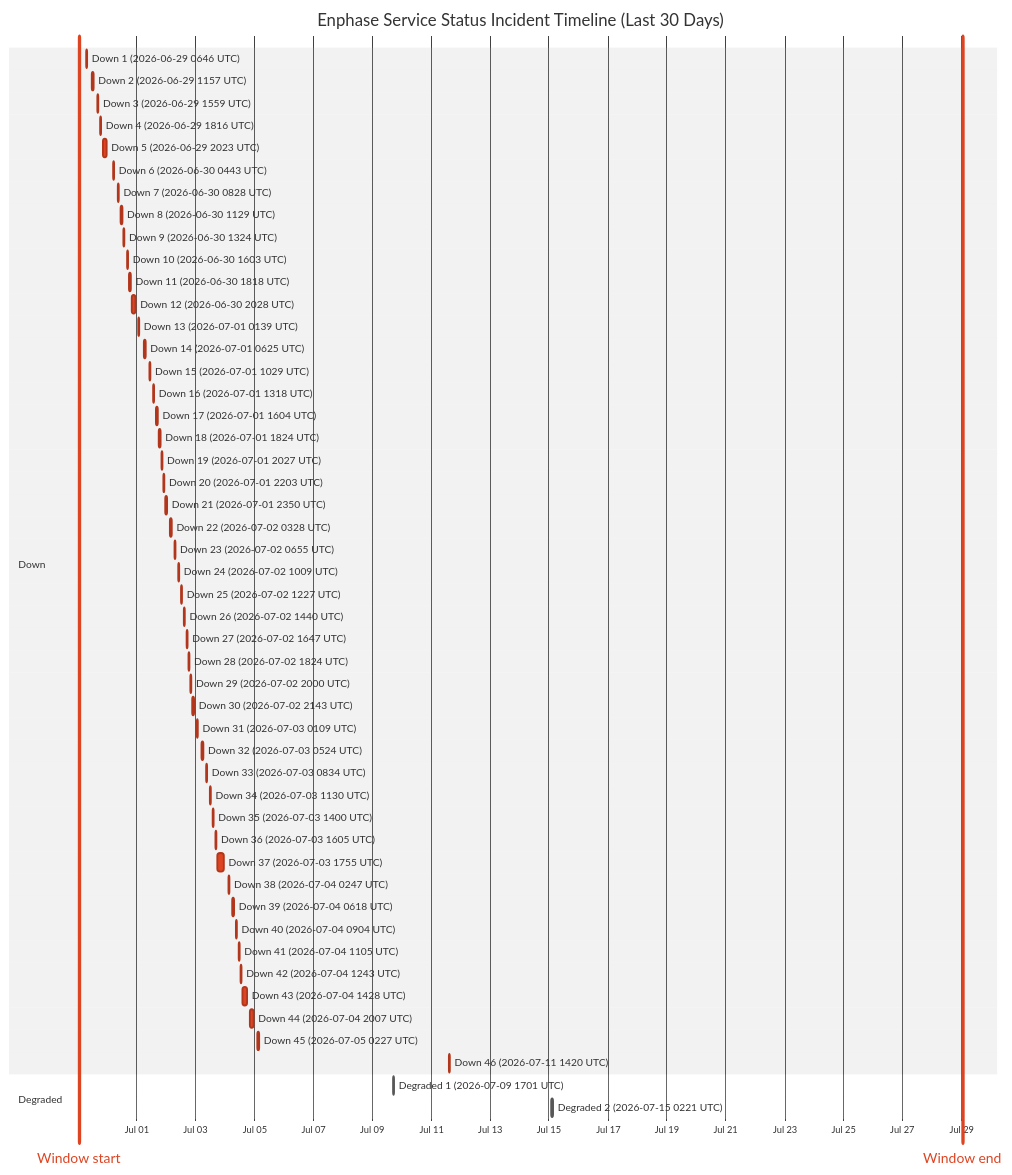
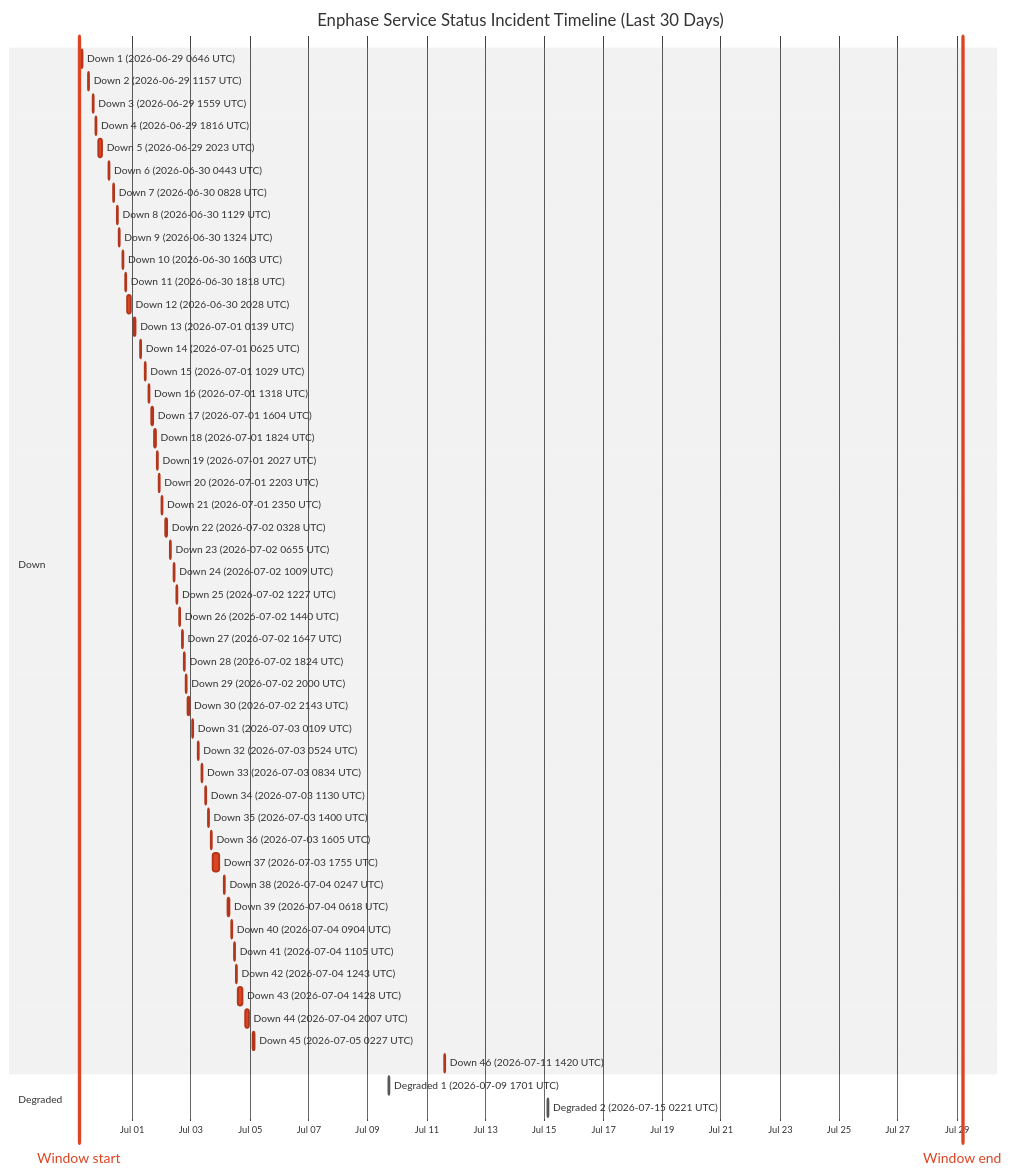
One commit to barneyonline/ha-enphase-energy changed the diagram in wiki/Service-Status-History.md. Above: the diagram before and after it, drawn with Mermaid (neutral theme). The commit also changed other lines of this file and 3 other files, not shown here.

````diff
--- a/wiki/Service-Status-History.md
+++ b/wiki/Service-Status-History.md
@@ -14,58 +14,58 @@
 ```mermaid
 gantt
     title Enphase Service Status Incident Timeline (Last 30 Days)
     dateFormat  YYYY-MM-DDTHH:mm:ss
     axisFormat  %b %d
-    Window start :vert, window-start, 2026-06-29T01:01:21, 0ms
-    Window end :vert, window-end, 2026-07-29T01:01:21, 0ms
+    Window start :vert, window-start, 2026-06-29T04:45:01, 0ms
+    Window end :vert, window-end, 2026-07-29T04:45:01, 0ms
     section Down
     Down 1 (2026-06-29 0646 UTC) :crit, down-1, 2026-06-29T06:46:18, 60m
     Down 2 (2026-06-29 1157 UTC) :crit, down-2, 2026-06-29T11:57:36, 60m
     Down 3 (2026-06-29 1559 UTC) :crit, down-3, 2026-06-29T15:59:02, 60m
     Down 4 (2026-06-29 1816 UTC) :crit, down-4, 2026-06-29T18:16:38, 60m
     Down 5 (2026-06-29 2023 UTC) :crit, down-5, 2026-06-29T20:23:16, 220m
     Down 6 (2026-06-30 0443 UTC) :crit, down-6, 2026-06-30T04:43:54, 60m
     Down 7 (2026-06-30 0828 UTC) :crit, down-7, 2026-06-30T08:28:43, 60m
     Down 8 (2026-06-30 1129 UTC) :crit, down-8, 2026-06-30T11:29:15, 60m
     Down 9 (2026-06-30 1324 UTC) :crit, down-9, 2026-06-30T13:24:25, 60m
     Down 10 (2026-06-30 1603 UTC) :crit, down-10, 2026-06-30T16:03:26, 60m
     Down 11 (2026-06-30 1818 UTC) :crit, down-11, 2026-06-30T18:18:39, 60m
     Down 12 (2026-06-30 2028 UTC) :crit, down-12, 2026-06-30T20:28:54, 171m
     Down 13 (2026-07-01 0139 UTC) :crit, down-13, 2026-07-01T01:39:18, 60m
     Down 14 (2026-07-01 0625 UTC) :crit, down-14, 2026-07-01T06:25:35, 60m
     Down 15 (2026-07-01 1029 UTC) :crit, down-15, 2026-07-01T10:29:24, 60m
     Down 16 (2026-07-01 1318 UTC) :crit, down-16, 2026-07-01T13:18:31, 60m
     Down 17 (2026-07-01 1604 UTC) :crit, down-17, 2026-07-01T16:04:29, 60m
     Down 18 (2026-07-01 1824 UTC) :crit, down-18, 2026-07-01T18:24:21, 60m
     Down 19 (2026-07-01 2027 UTC) :crit, down-19, 2026-07-01T20:27:17, 60m
     Down 20 (2026-07-01 2203 UTC) :crit, down-20, 2026-07-01T22:03:46, 60m
     Down 21 (2026-07-01 2350 UTC) :crit, down-21, 2026-07-01T23:50:52, 60m
     Down 22 (2026-07-02 0328 UTC) :crit, down-22, 2026-07-02T03:28:33, 60m
     Down 23 (2026-07-02 0655 UTC) :crit, down-23, 2026-07-02T06:55:07, 60m
     Down 24 (2026-07-02 1009 UTC) :crit, down-24, 2026-07-02T10:09:15, 60m
     Down 25 (2026-07-02 1227 UTC) :crit, down-25, 2026-07-02T12:27:49, 60m
     Down 26 (2026-07-02 1440 UTC) :crit, down-26, 2026-07-02T14:40:53, 60m
     Down 27 (2026-07-02 1647 UTC) :crit, down-27, 2026-07-02T16:47:47, 60m
     Down 28 (2026-07-02 1824 UTC) :crit, down-28, 2026-07-02T18:24:26, 60m
     Down 29 (2026-07-02 2000 UTC) :crit, down-29, 2026-07-02T20:00:57, 60m
     Down 30 (2026-07-02 2143 UTC) :crit, down-30, 2026-07-02T21:43:52, 80m
     Down 31 (2026-07-03 0109 UTC) :crit, down-31, 2026-07-03T01:09:19, 60m
     Down 32 (2026-07-03 0524 UTC) :crit, down-32, 2026-07-03T05:24:23, 60m
     Down 33 (2026-07-03 0834 UTC) :crit, down-33, 2026-07-03T08:34:05, 60m
     Down 34 (2026-07-03 1130 UTC) :crit, down-34, 2026-07-03T11:30:41, 60m
     Down 35 (2026-07-03 1400 UTC) :crit, down-35, 2026-07-03T14:00:48, 60m
     Down 36 (2026-07-03 1605 UTC) :crit, down-36, 2026-07-03T16:05:49, 60m
     Down 37 (2026-07-03 1755 UTC) :crit, down-37, 2026-07-03T17:55:54, 338m
     Down 38 (2026-07-04 0247 UTC) :crit, down-38, 2026-07-04T02:47:22, 60m
     Down 39 (2026-07-04 0618 UTC) :crit, down-39, 2026-07-04T06:18:09, 60m
     Down 40 (2026-07-04 0904 UTC) :crit, down-40, 2026-07-04T09:04:41, 60m
     Down 41 (2026-07-04 1105 UTC) :crit, down-41, 2026-07-04T11:05:21, 60m
     Down 42 (2026-07-04 1243 UTC) :crit, down-42, 2026-07-04T12:43:25, 60m
     Down 43 (2026-07-04 1428 UTC) :crit, down-43, 2026-07-04T14:28:07, 243m
     Down 44 (2026-07-04 2007 UTC) :crit, down-44, 2026-07-04T20:07:50, 206m
     Down 45 (2026-07-05 0227 UTC) :crit, down-45, 2026-07-05T02:27:32, 109m
     Down 46 (2026-07-11 1420 UTC) :crit, down-46, 2026-07-11T14:20:54, 69m
     section Degraded
     Degraded 1 (2026-07-09 1701 UTC) :active, degraded-1, 2026-07-09T17:01:02, 60m
     Degraded 2 (2026-07-15 0221 UTC) :active, degraded-2, 2026-07-15T02:21:35, 60m
 ```
````
